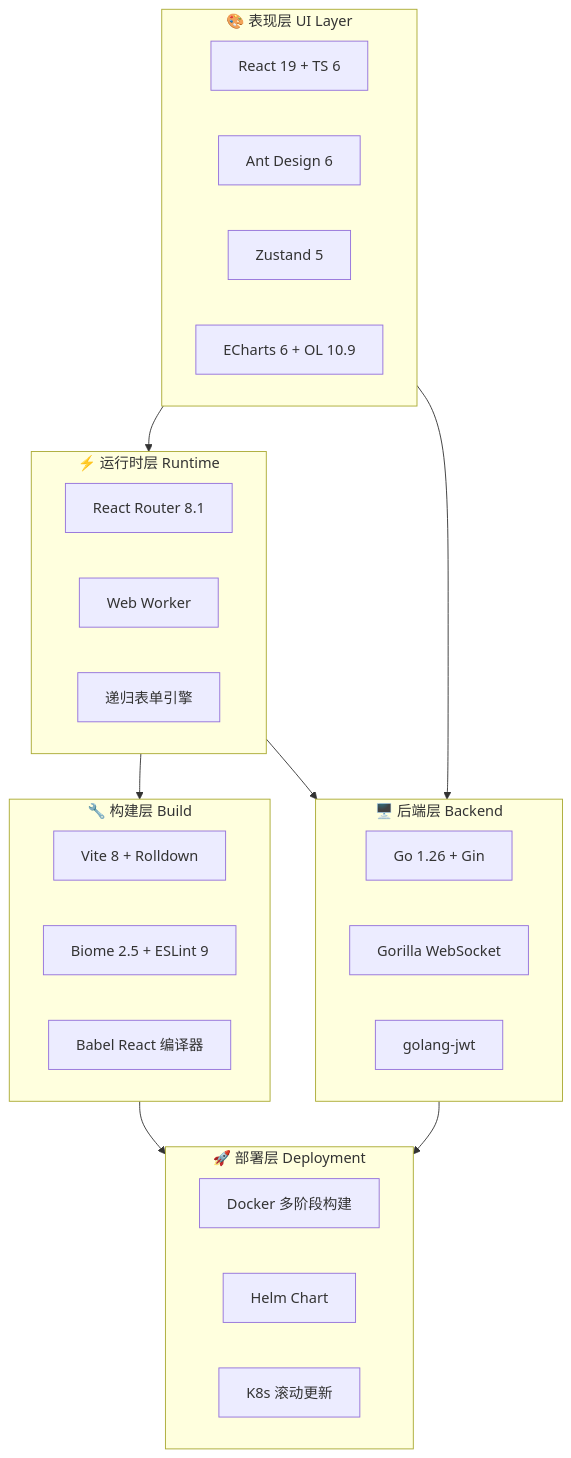
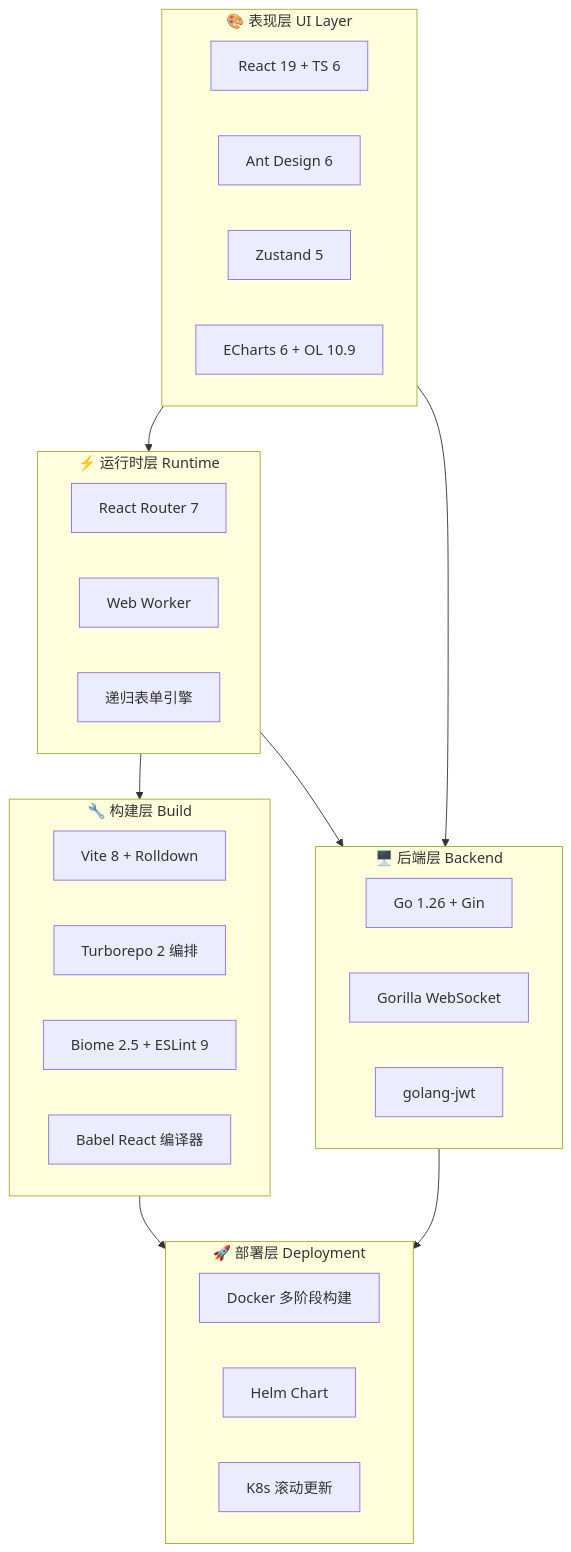
One commit to KMaybe01/interview-demo changed the second of 49 diagrams in docs/S4-面试冲刺/00-面试技术亮点汇总.md. Above: the diagram before and after it, drawn with Mermaid. The commit also changed other lines of this file and 22 other files, not shown here.

````diff
--- a/docs/S4-面试冲刺/00-面试技术亮点汇总.md
+++ b/docs/S4-面试冲刺/00-面试技术亮点汇总.md
@@ -72,39 +74,40 @@
 ```mermaid
 graph TB
     subgraph UI["🎨 表现层 UI Layer"]
         React["React 19 + TS 6"]
         Antd["Ant Design 6"]
         Zustand["Zustand 5"]
         Charts["ECharts 6 + OL 10.9"]
     end
 
     subgraph Runtime["⚡ 运行时层 Runtime"]
-        Router["React Router 8.1"]
+        Router["React Router 7"]
         Worker["Web Worker"]
         Form["递归表单引擎"]
     end
 
     subgraph Build["🔧 构建层 Build"]
         Vite["Vite 8 + Rolldown"]
+        Turbo["Turborepo 2 编排"]
         Biome["Biome 2.5 + ESLint 9"]
         Babel["Babel React 编译器"]
     end
 
     subgraph Backend["🖥️ 后端层 Backend"]
         Go["Go 1.26 + Gin"]
         WS["Gorilla WebSocket"]
         JWT["golang-jwt"]
     end
 
     subgraph Deploy["🚀 部署层 Deployment"]
         Docker["Docker 多阶段构建"]
         Helm["Helm Chart"]
         K8s["K8s 滚动更新"]
     end
 
     UI --> Runtime --> Build
     UI --> Backend
     Runtime --> Backend
     Build --> Deploy
     Backend --> Deploy
 ```
````
